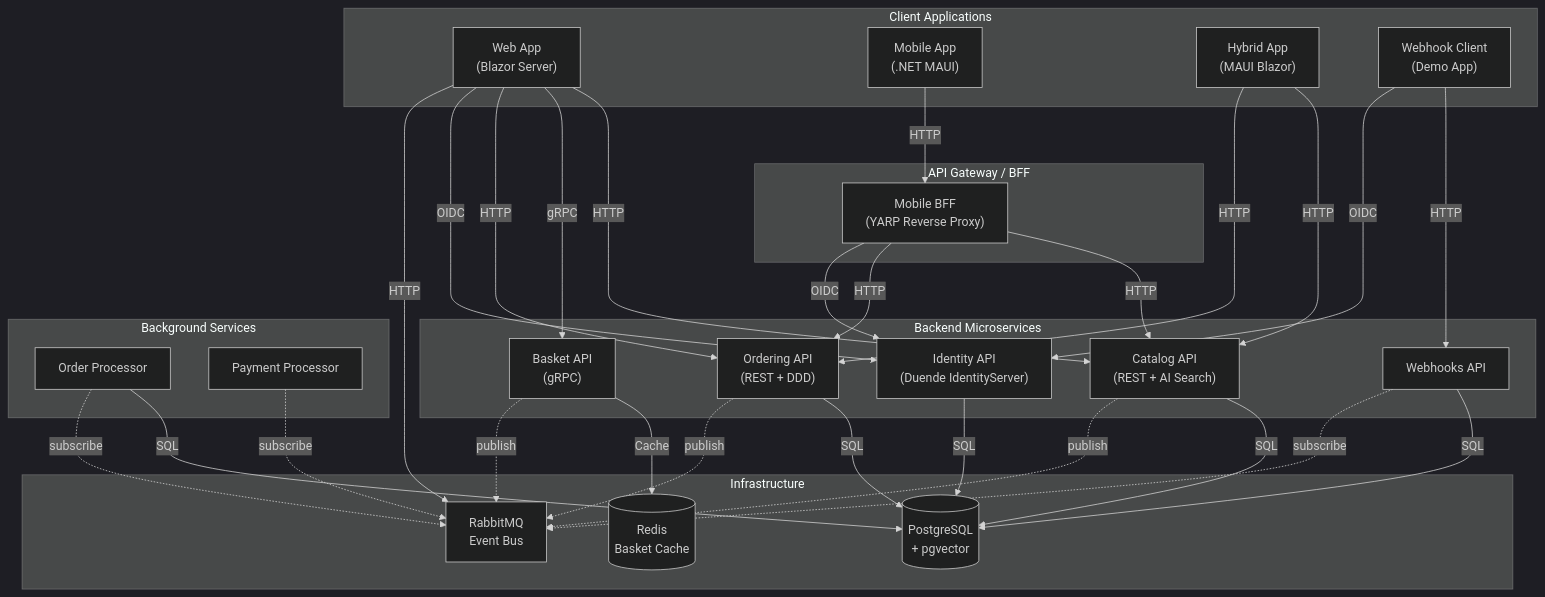
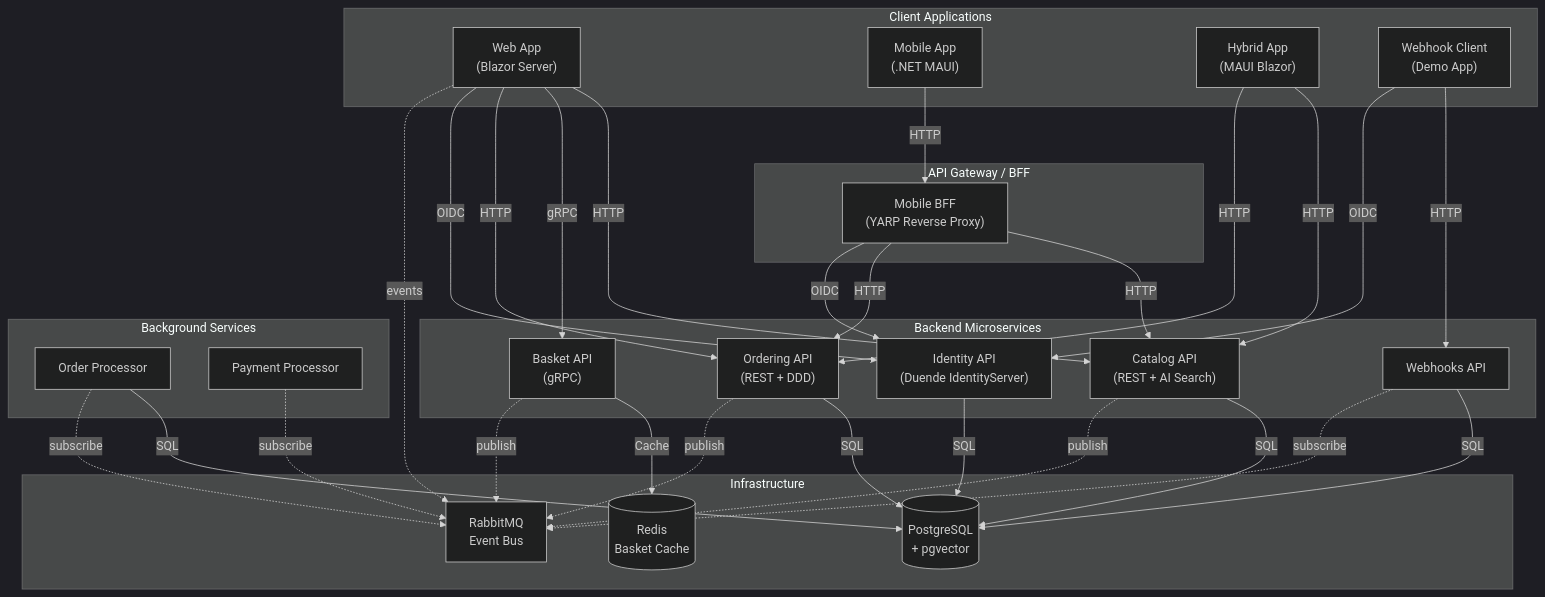
The diagram in README.md (Evilazaro/eShop), drawn with Mermaid (dark theme) before and after one commit. The commit also changed other lines of this file, not shown here.

````diff
--- a/README.md
+++ b/README.md
@@ -57,63 +57,63 @@
 ```mermaid
 graph TB
     subgraph Clients["Client Applications"]
         WEB["Web App\n(Blazor Server)"]
         MAUI["Mobile App\n(.NET MAUI)"]
         HYBRID["Hybrid App\n(MAUI Blazor)"]
         WHCLIENT["Webhook Client\n(Demo App)"]
     end
 
     subgraph Gateway["API Gateway / BFF"]
         BFF["Mobile BFF\n(YARP Reverse Proxy)"]
     end
 
     subgraph Services["Backend Microservices"]
         IDENTITY["Identity API\n(Duende IdentityServer)"]
         CATALOG["Catalog API\n(REST + AI Search)"]
         BASKET["Basket API\n(gRPC)"]
         ORDERING["Ordering API\n(REST + DDD)"]
         WEBHOOKS["Webhooks API"]
     end
 
     subgraph Background["Background Services"]
         ORDERPROC["Order Processor"]
         PAYMENT["Payment Processor"]
     end
 
     subgraph Infra["Infrastructure"]
         REDIS[("Redis\nBasket Cache")]
         POSTGRES[("PostgreSQL\n+ pgvector")]
         RABBIT["RabbitMQ\nEvent Bus"]
     end
 
     WEB -->|HTTP| CATALOG
     WEB -->|gRPC| BASKET
     WEB -->|HTTP| ORDERING
     WEB -->|OIDC| IDENTITY
-    WEB -->|HTTP| RABBIT
+    WEB -.->|events| RABBIT
 
     MAUI -->|HTTP| BFF
     HYBRID -->|HTTP| CATALOG
     HYBRID -->|HTTP| ORDERING
 
     BFF -->|HTTP| CATALOG
     BFF -->|HTTP| ORDERING
     BFF -->|OIDC| IDENTITY
 
     WHCLIENT -->|HTTP| WEBHOOKS
     WHCLIENT -->|OIDC| IDENTITY
 
     BASKET -->|Cache| REDIS
     CATALOG -->|SQL| POSTGRES
     IDENTITY -->|SQL| POSTGRES
     ORDERING -->|SQL| POSTGRES
     WEBHOOKS -->|SQL| POSTGRES
     ORDERPROC -->|SQL| POSTGRES
 
     CATALOG -.->|publish| RABBIT
     BASKET -.->|publish| RABBIT
     ORDERING -.->|publish| RABBIT
     ORDERPROC -.->|subscribe| RABBIT
     PAYMENT -.->|subscribe| RABBIT
     WEBHOOKS -.->|subscribe| RABBIT
 ```
````
